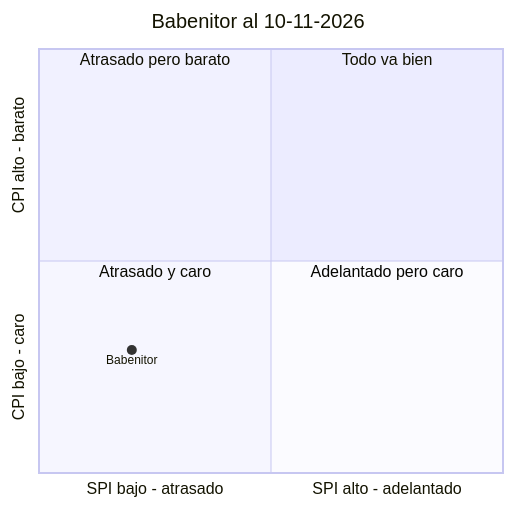
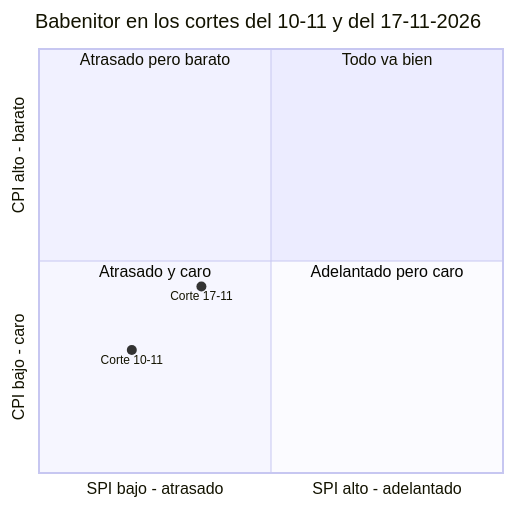
One commit to DilnLemos/Babenitor-Doc changed the diagram in Docs/8. Seguimiento.md. Above: the diagram before and after it, drawn with Mermaid. The commit also changed other lines of this file and 5 other files, not shown here.

````diff
--- a/Docs/8. Seguimiento.md
+++ b/Docs/8. Seguimiento.md
@@ -159,11 +308,12 @@
 ```mermaid
 quadrantChart
-    title Babenitor al 10-11-2026
+    title Babenitor en los cortes del 10-11 y del 17-11-2026
     x-axis SPI bajo - atrasado --> SPI alto - adelantado
     y-axis CPI bajo - caro --> CPI alto - barato
     quadrant-1 Todo va bien
     quadrant-2 Atrasado pero barato
     quadrant-3 Atrasado y caro
     quadrant-4 Adelantado pero caro
-    Babenitor: [0.20, 0.29]
+    Corte 10-11: [0.20, 0.29]
+    Corte 17-11: [0.35, 0.44]
 ```
````
